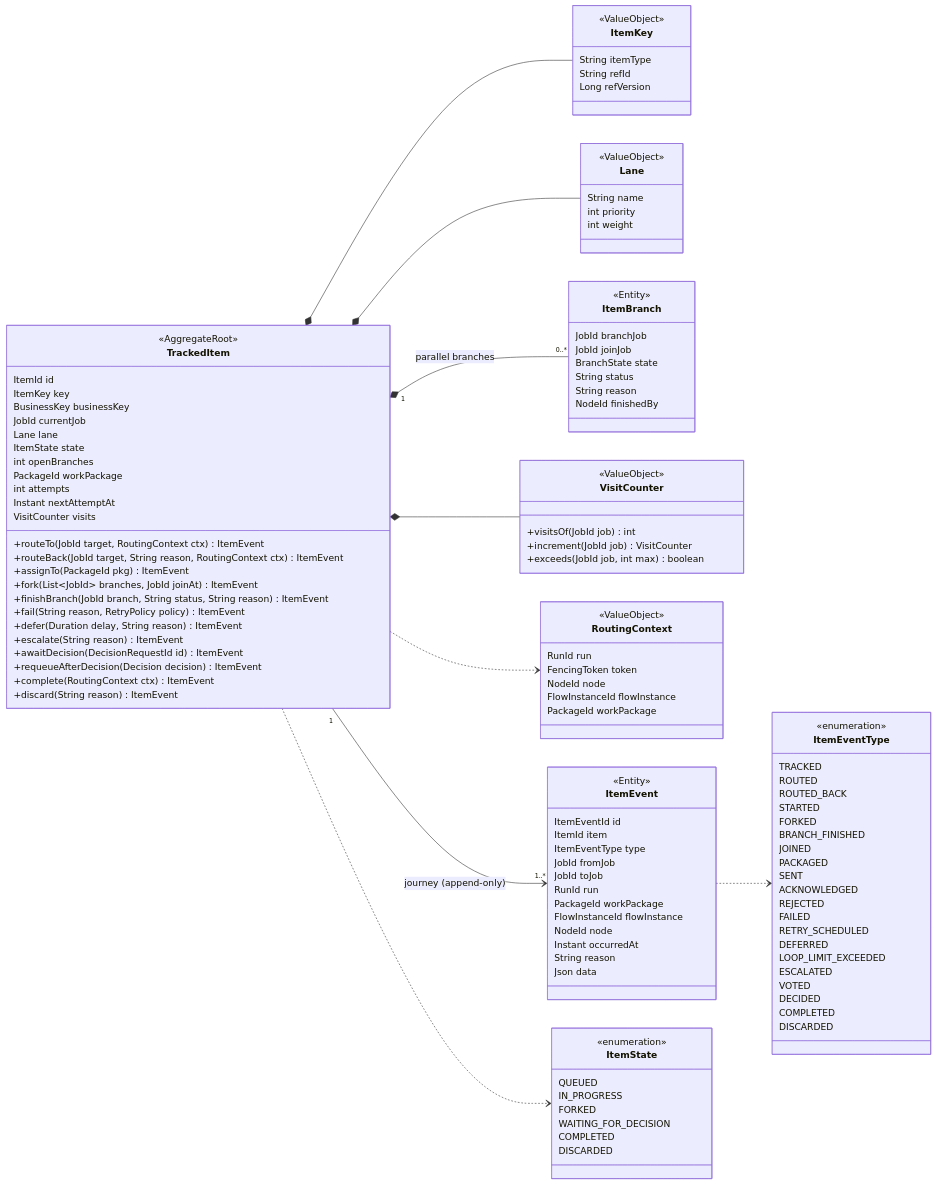
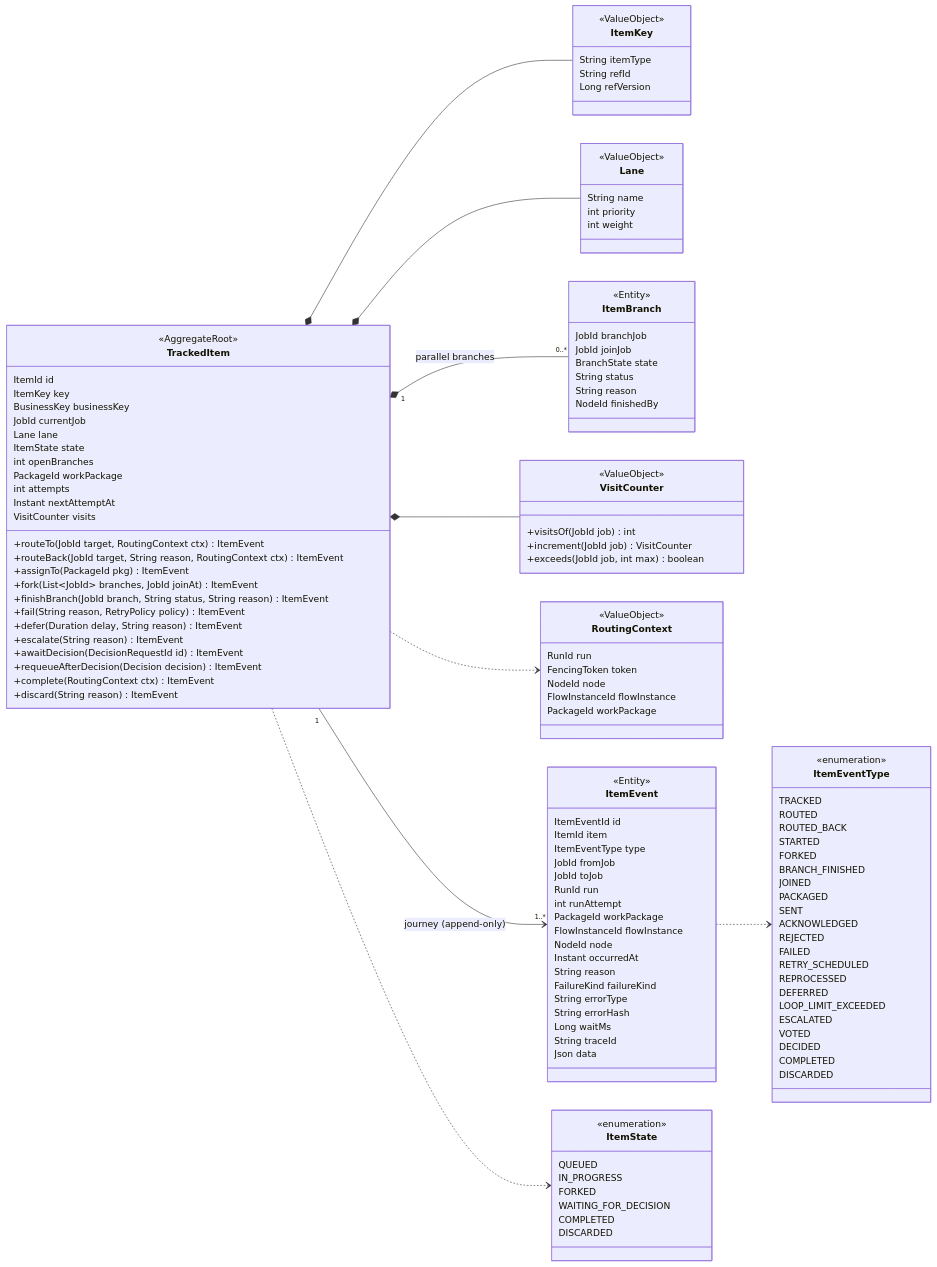
One commit to os890/poc-distributed-task-processing changed the fourth of 5 diagrams in docs/design/02-domain-model.md. Above: the diagram before and after it, drawn with Mermaid. The commit also changed other lines of this file and 9 other files, not shown here.

First line of the commit message:
Add monitoring design, failure kinds and journey diagrams

```diff
--- a/docs/design/02-domain-model.md
+++ b/docs/design/02-domain-model.md
@@ -429,11 +429,17 @@
         JobId fromJob
         JobId toJob
         RunId run
+        int runAttempt
         PackageId workPackage
         FlowInstanceId flowInstance
         NodeId node
         Instant occurredAt
         String reason
+        FailureKind failureKind
+        String errorType
+        String errorHash
+        Long waitMs
+        String traceId
         Json data
     }
     class ItemState {
@@ -460,6 +466,7 @@
         REJECTED
         FAILED
         RETRY_SCHEDULED
+        REPROCESSED
         DEFERRED
         LOOP_LIMIT_EXCEEDED
         ESCALATED
```
